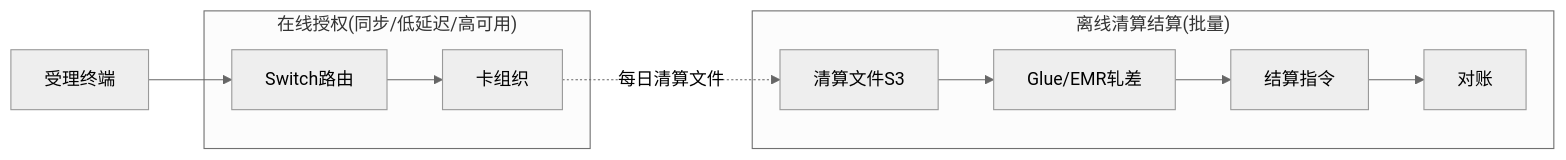
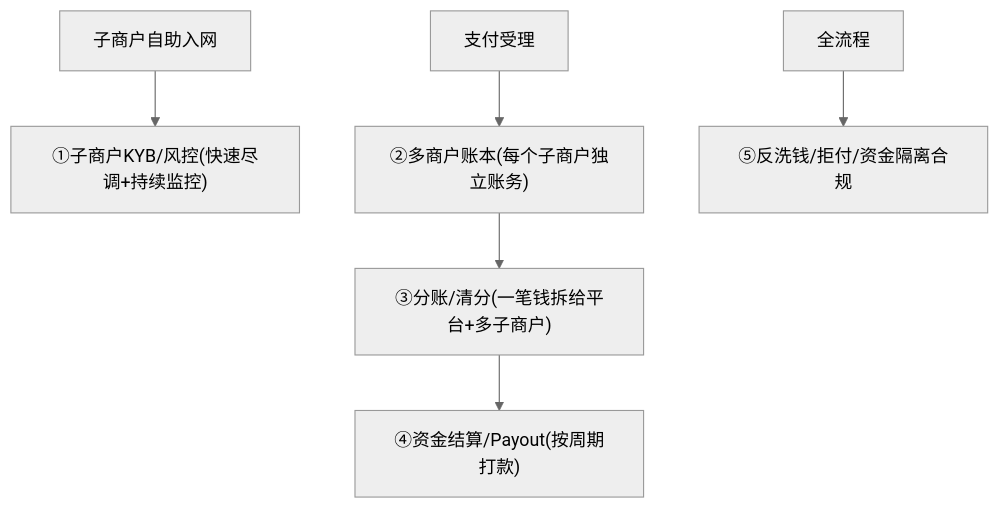
Before and after one commit to loong-ju/tech-research: diagram 13 of 14 in payment/traditional-payment/01-cards-tech-aws.md, drawn with Mermaid (neutral theme). The commit also changed other lines of this file and 4 other files, not shown here.

````diff
--- a/payment/traditional-payment/01-cards-tech-aws.md
+++ b/payment/traditional-payment/01-cards-tech-aws.md
@@ -207,11 +326,8 @@
 ```mermaid
-flowchart LR
-    subgraph 在线["在线授权(同步/低延迟/高可用)"]
-        SW["Switch路由"] --> CS["卡组织"]
-    end
-    subgraph 离线["离线清算结算(批量)"]
-        FILE["清算文件S3"] --> ETL["Glue/EMR轧差"] --> SETTLE["结算指令"] --> RECON["对账"]
-    end
-    POS[受理终端] --> SW
-    CS -.每日清算文件.-> FILE
+flowchart TB
+    SUB["子商户自助入网"] --> KYB["①子商户KYB/风控(快速尽调+持续监控)"]
+    PAY["支付受理"] --> LEDGER["②多商户账本(每个子商户独立账务)"]
+    LEDGER --> SPLIT["③分账/清分(一笔钱拆给平台+多子商户)"]
+    SPLIT --> PAYOUT["④资金结算/Payout(按周期打款)"]
+    ALL["全流程"] --> RISK["⑤反洗钱/拒付/资金隔离合规"]
 ```
````
